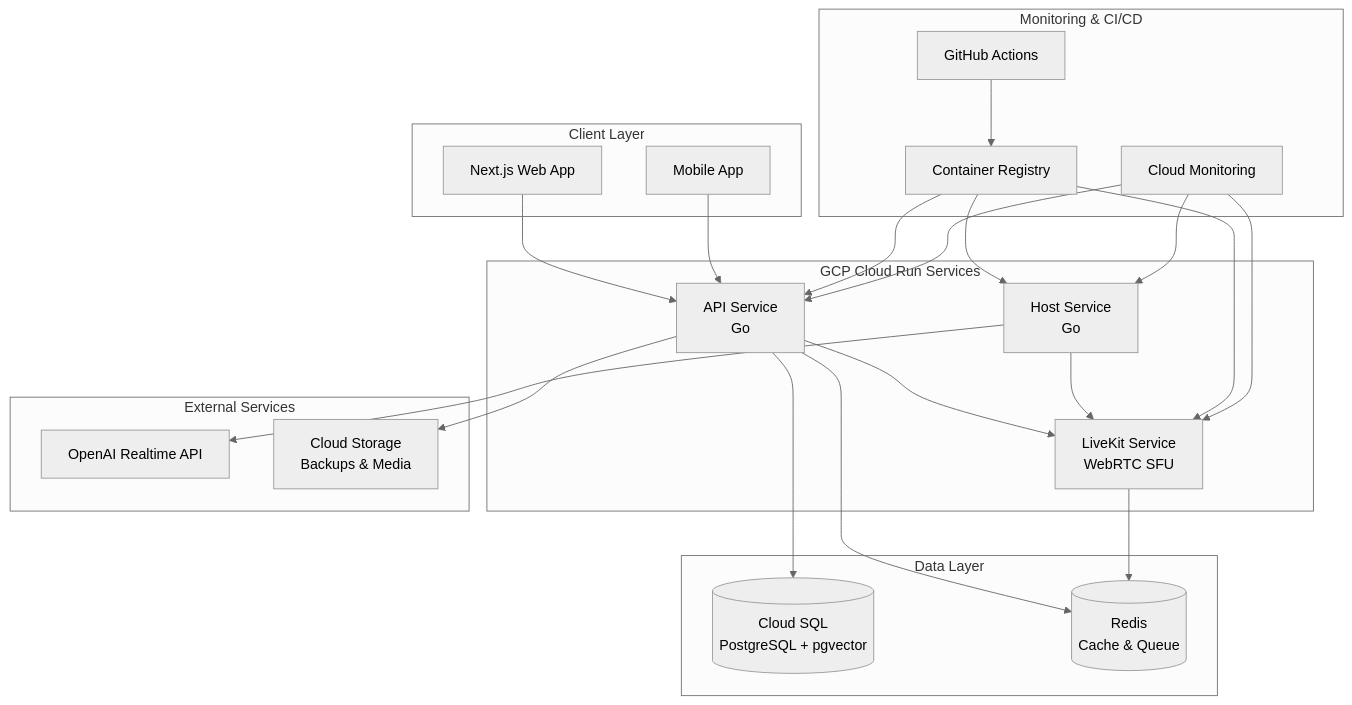
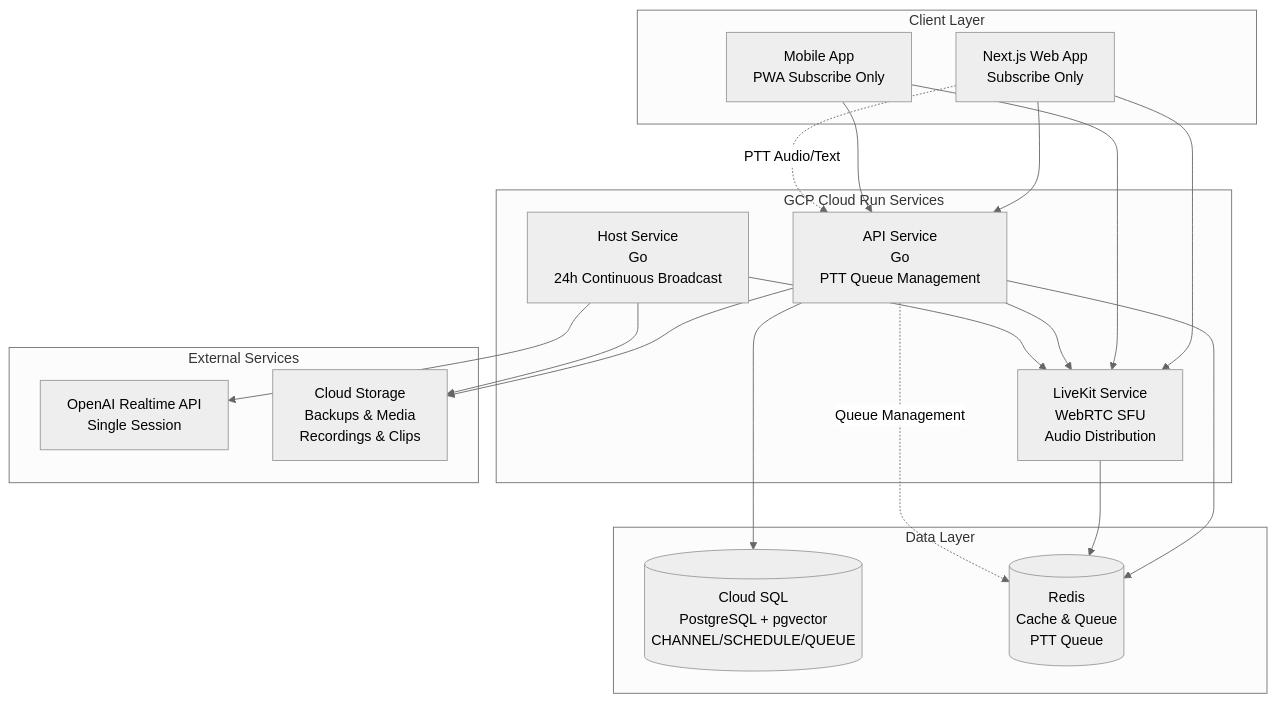
Before and after one commit to IzmYuta/Hacz_Ichthyo: the diagram in docs/infrastructure.md, drawn with Mermaid (neutral theme). The commit also changed other lines of this file and 4 other files, not shown here.

````diff
--- a/docs/infrastructure.md
+++ b/docs/infrastructure.md
@@ -9,48 +9,46 @@
 ```mermaid
 graph TB
     subgraph "Client Layer"
-        WEB[Next.js Web App]
-        MOBILE[Mobile App]
+        WEB[Next.js Web App<br/>Subscribe Only]
+        MOBILE[Mobile App<br/>PWA Subscribe Only]
     end
     
     subgraph "GCP Cloud Run Services"
-        API[API Service<br/>Go]
-        HOST[Host Service<br/>Go]
-        LIVEKIT[LiveKit Service<br/>WebRTC SFU]
+        API[API Service<br/>Go<br/>PTT Queue Management]
+        HOST[Host Service<br/>Go<br/>24h Continuous Broadcast]
+        LIVEKIT[LiveKit Service<br/>WebRTC SFU<br/>Audio Distribution]
     end
     
     subgraph "Data Layer"
-        DB[(Cloud SQL<br/>PostgreSQL + pgvector)]
-        REDIS[(Redis<br/>Cache & Queue)]
+        DB[(Cloud SQL<br/>PostgreSQL + pgvector<br/>CHANNEL/SCHEDULE/QUEUE)]
+        REDIS[(Redis<br/>Cache & Queue<br/>PTT Queue)]
     end
     
     subgraph "External Services"
-        OPENAI[OpenAI Realtime API]
-        STORAGE[Cloud Storage<br/>Backups & Media]
+        OPENAI[OpenAI Realtime API<br/>Single Session]
+        STORAGE[Cloud Storage<br/>Backups & Media<br/>Recordings & Clips]
     end
     
-    subgraph "Monitoring & CI/CD"
-        MONITORING[Cloud Monitoring]
-        GITHUB[GitHub Actions]
-        REGISTRY[Container Registry]
-    end
     
+    %% Client connections (Subscribe Only)
+    WEB --> LIVEKIT
+    MOBILE --> LIVEKIT
     WEB --> API
     MOBILE --> API
+    
+    %% Service connections
     API --> DB
     API --> REDIS
     API --> LIVEKIT
     HOST --> LIVEKIT
     HOST --> OPENAI
     LIVEKIT --> REDIS
     
-    GITHUB --> REGISTRY
-    REGISTRY --> API
-    REGISTRY --> HOST
-    REGISTRY --> LIVEKIT
+    %% PTT Flow
+    WEB -.->|PTT Audio/Text| API
+    API -.->|Queue Management| REDIS
     
+    %% Data connections
     API --> STORAGE
-    MONITORING --> API
-    MONITORING --> HOST
-    MONITORING --> LIVEKIT
+    HOST --> STORAGE
 ```
````
